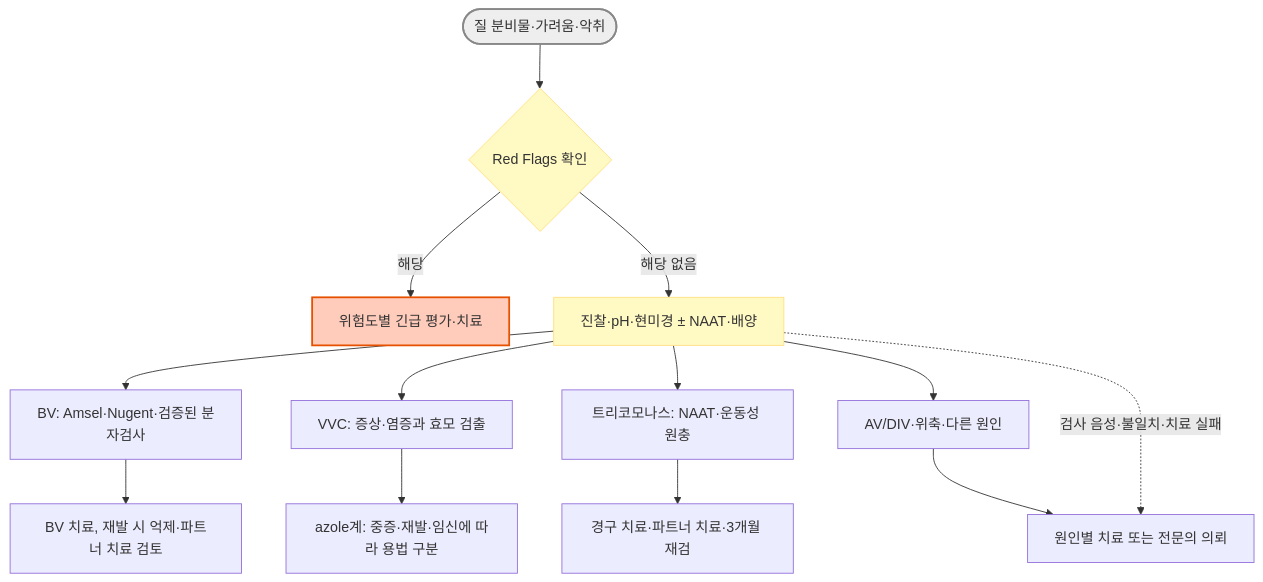
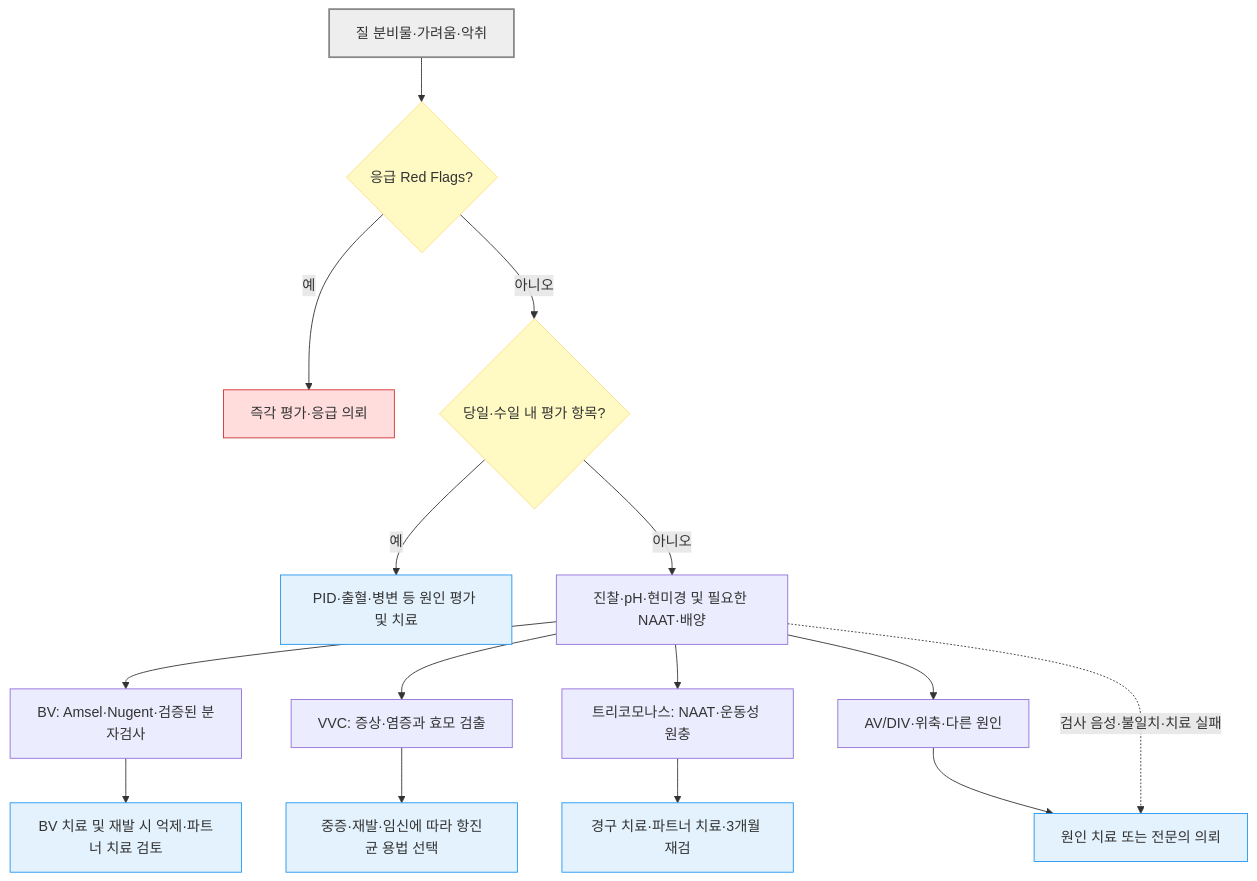
One commit to familyoh77/familyoh77 changed the diagram in 227_/122_-vulvovaginal-infections.md. Above: the diagram before and after it, drawn with Mermaid. The commit also changed other lines of this file and 5 other files, not shown here.

````diff
--- a/227_/122_-vulvovaginal-infections.md
+++ b/227_/122_-vulvovaginal-infections.md
@@ -149,19 +149,24 @@
 ```mermaid
-graph TD
-    Start(["질 분비물·가려움·악취"]) --> RF{"Red Flags 확인"}
-    RF -- "해당" --> Urgent["위험도별 긴급 평가·치료"]
-    RF -- "해당 없음" --> Exam["진찰·pH·현미경 ± NAAT·배양"]
+flowchart TD
+    Start["질 분비물·가려움·악취"] --> RF{"응급 Red Flags?"}
+    RF -- "예" --> Urgent["즉각 평가·응급 의뢰"]
+    RF -- "아니오" --> Soon{"당일·수일 내 평가 항목?"}
+    Soon -- "예" --> Early["PID·출혈·병변 등 원인 평가 및 치료"]
+    Soon -- "아니오" --> Exam["진찰·pH·현미경 및 필요한 NAAT·배양"]
     Exam --> BV["BV: Amsel·Nugent·검증된 분자검사"]
     Exam --> VVC["VVC: 증상·염증과 효모 검출"]
     Exam --> TV["트리코모나스: NAAT·운동성 원충"]
     Exam --> Other["AV/DIV·위축·다른 원인"]
-    BV --> BVtx["BV 치료, 재발 시 억제·파트너 치료 검토"]
-    VVC --> VVCtx["azole계: 중증·재발·임신에 따라 용법 구분"]
+    BV --> BVtx["BV 치료 및 재발 시 억제·파트너 치료 검토"]
+    VVC --> VVCtx["중증·재발·임신에 따라 항진균 용법 선택"]
     TV --> TVtx["경구 치료·파트너 치료·3개월 재검"]
-    Other --> Reassess["원인별 치료 또는 전문의 의뢰"]
+    Other --> Reassess["원인 치료 또는 전문의 의뢰"]
     Exam -. "검사 음성·불일치·치료 실패" .-> Reassess
-    style RF fill:#fff9c4,stroke:#ffe082
-    style Exam fill:#fff9c4,stroke:#ffe082
+    classDef question fill:#fff9c4,stroke:#ffe082
+    classDef emergency fill:#ffdddd,stroke:#d32f2f
+    classDef treatment fill:#e3f2fd,stroke:#2196f3
+    class RF,Soon question
+    class Urgent emergency
+    class Early,BVtx,VVCtx,TVtx,Reassess treatment
     style Start fill:#eeeeee,stroke:#888888,stroke-width:2px
-    style Urgent fill:#ffccbc,stroke:#e65100,stroke-width:2px
 ```
````
